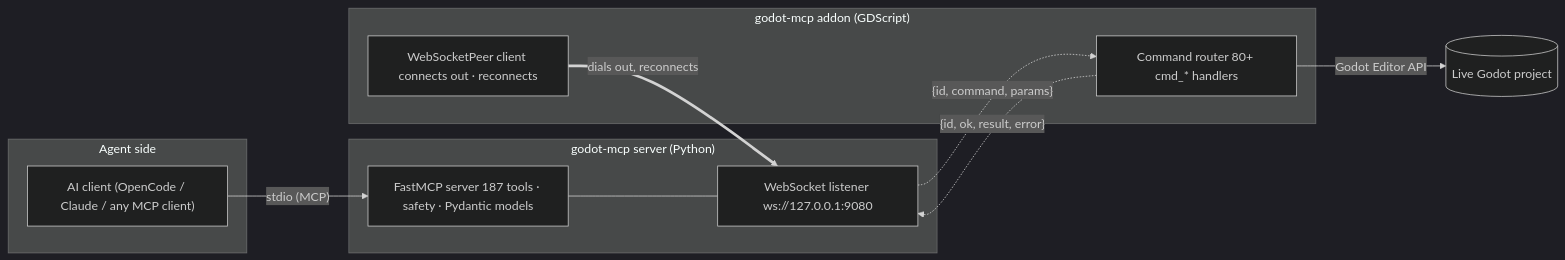
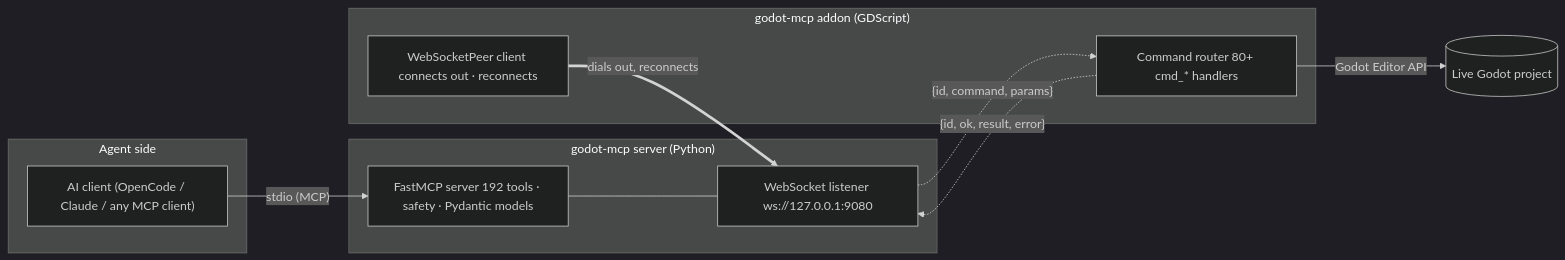
Before and after one commit to hybridindie/godot-mcp: the diagram in docs/site/architecture/index.md, drawn with Mermaid (dark theme). The commit also changed other lines of this file and 41 other files, not shown here.

````diff
--- a/docs/site/architecture/index.md
+++ b/docs/site/architecture/index.md
@@ -14,21 +14,21 @@
 ```mermaid
 flowchart LR
     subgraph client["Agent side"]
         AI["AI client (OpenCode / Claude / any MCP client)"]
     end
     subgraph server["godot-mcp server (Python)"]
-        SRV["FastMCP server 187 tools · safety · Pydantic models"]
+        SRV["FastMCP server 192 tools · safety · Pydantic models"]
         BR["WebSocket listener ws://127.0.0.1:9080"]
     end
     subgraph addon["godot-mcp addon (GDScript)"]
         WS["WebSocketPeer client connects out · reconnects"]
         RT["Command router 80+ cmd_* handlers"]
     end
     ED[("Live Godot project")]
     AI -->|"stdio (MCP)"| SRV
     SRV --- BR
     WS ==>|"dials out, reconnects"| BR
     BR -.->|"{id, command, params}"| RT
     RT -->|"Godot Editor API"| ED
     RT -.->|"{id, ok, result, error}"| BR
 ```
````
